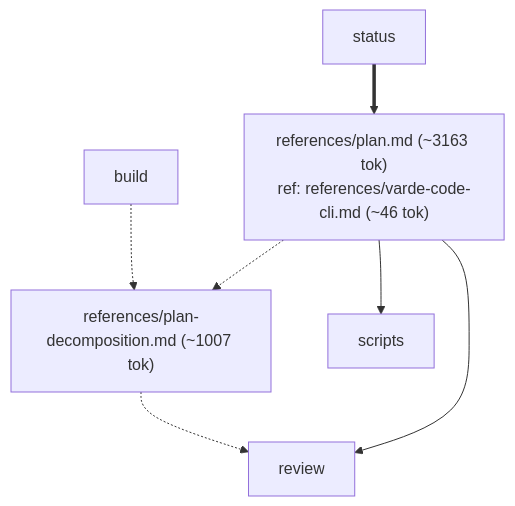
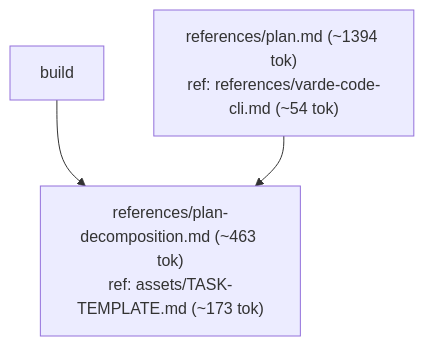
Before and after one commit to alecegg/varde: the fourth of 8 diagrams in skills/varde-change/FLOW.md, drawn with Mermaid. The commit also changed other lines of this file and 1293 other files, not shown here.

````diff
--- a/skills/varde-change/FLOW.md
+++ b/skills/varde-change/FLOW.md
@@ -131,15 +84,8 @@
 ```mermaid
 flowchart TD
-  n0["references/plan-decomposition.md (~1007 tok)"]
-  n1["references/plan.md (~3163 tok)<br/>ref: references/varde-code-cli.md (~46 tok)"]
+  n0["references/plan-decomposition.md (~463 tok)<br/>ref: assets/TASK-TEMPLATE.md (~173 tok)"]
+  n1["references/plan.md (~1394 tok)<br/>ref: references/varde-code-cli.md (~54 tok)"]
   n2["build"]
-  n3["review"]
-  n4["scripts"]
-  n5["status"]
-  n2 -.-> n0
-  n0 -.-> n3
-  n1 -.-> n0
-  n1 --> n3
-  n1 --> n4
-  n5 ==> n1
+  n2 --> n0
+  n1 --> n0
 ```
````
